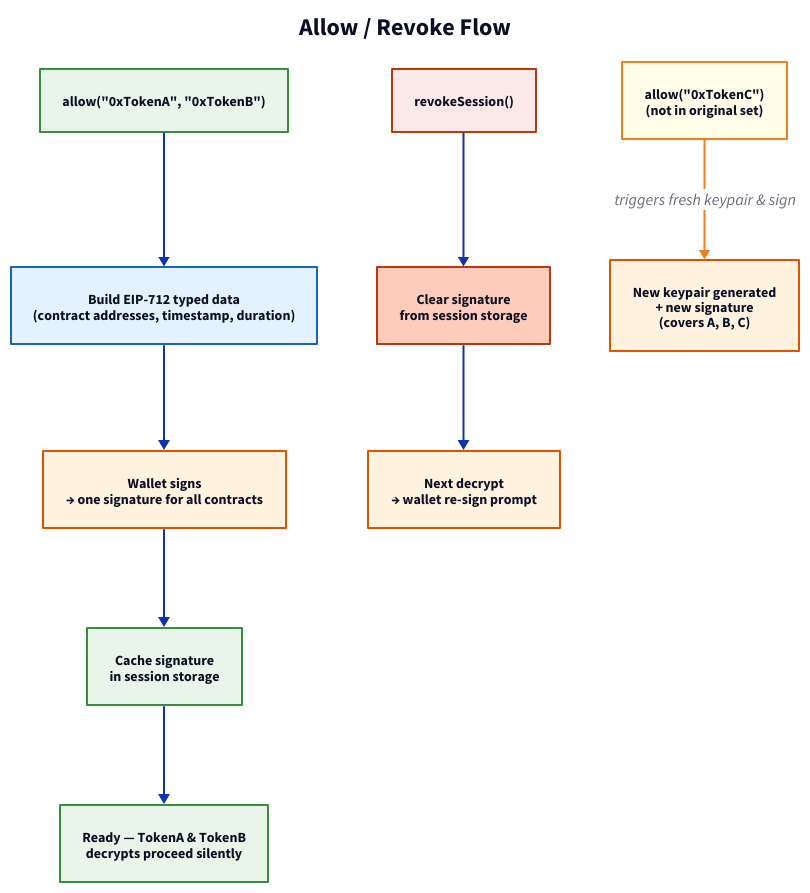
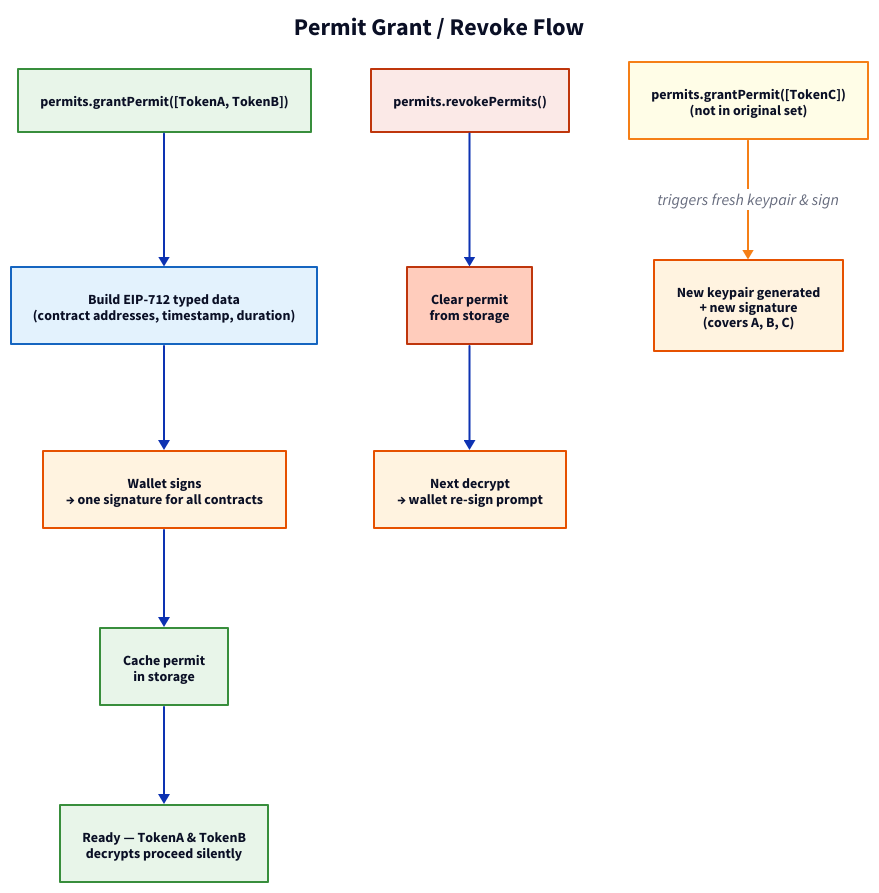
Before and after one commit to zama-ai/sdk: the diagram in docs/diagrams/session-allow-revoke.d2, drawn with D2. The commit also changed 27 other files, not shown here.

```diff
--- a/docs/diagrams/session-allow-revoke.d2
+++ b/docs/diagrams/session-allow-revoke.d2
@@ -1,85 +1,85 @@
 direction: down
 
 title: {
-  label: "Allow / Revoke Flow"
+  label: "Permit Grant / Revoke Flow"
   near: top-center
   shape: text
   style.font-size: 24
   style.bold: true
 }
 
 # --- Allow flow ---
-allow: "allow(\"0xTokenA\", \"0xTokenB\")" {
+allow: "permits.grantPermit([TokenA, TokenB])" {
   style.fill: "#E8F5E9"
   style.stroke: "#388E3C"
   style.font-size: 14
 }
 
 build-eip712: "Build EIP-712 typed data\n(contract addresses, timestamp, duration)" {
   style.fill: "#E3F2FD"
   style.stroke: "#1565C0"
   style.font-size: 14
 }
 
 wallet-sign: "Wallet signs\n→ one signature for all contracts" {
   style.fill: "#FFF3E0"
   style.stroke: "#E65100"
   style.font-size: 14
 }
 
-cache-sig: "Cache signature\nin session storage" {
+cache-sig: "Cache permit\nin storage" {
   style.fill: "#E8F5E9"
   style.stroke: "#388E3C"
   style.font-size: 14
 }
 
 ready: "Ready — TokenA & TokenB\ndecrypts proceed silently" {
   style.fill: "#E8F5E9"
   style.stroke: "#388E3C"
   style.font-size: 14
   style.bold: true
 }
 
 allow -> build-eip712
 build-eip712 -> wallet-sign
 wallet-sign -> cache-sig
 cache-sig -> ready
 
 # --- Revoke flow ---
-revoke: "revokeSession()" {
+revoke: "permits.revokePermits()" {
   style.fill: "#FBE9E7"
   style.stroke: "#BF360C"
   style.font-size: 14
 }
 
-clear-sig: "Clear signature\nfrom session storage" {
+clear-sig: "Clear permit\nfrom storage" {
   style.fill: "#FFCCBC"
   style.stroke: "#BF360C"
   style.font-size: 14
 }
 
 next-decrypt: "Next decrypt\n→ wallet re-sign prompt" {
   style.fill: "#FFF3E0"
   style.stroke: "#E65100"
   style.font-size: 14
 }
 
 revoke -> clear-sig
 clear-sig -> next-decrypt
 
 # --- Note about new contracts ---
-new-contract: "allow(\"0xTokenC\")\n(not in original set)" {
+new-contract: "permits.grantPermit([TokenC])\n(not in original set)" {
   style.fill: "#FFFDE7"
   style.stroke: "#F57F17"
   style.font-size: 14
 }
 
 new-keypair: "New keypair generated\n+ new signature\n(covers A, B, C)" {
   style.fill: "#FFF3E0"
   style.stroke: "#E65100"
   style.font-size: 14
 }
 
 new-contract -> new-keypair: "triggers fresh keypair & sign" {
   style.stroke: "#F57F17"
 }
```
